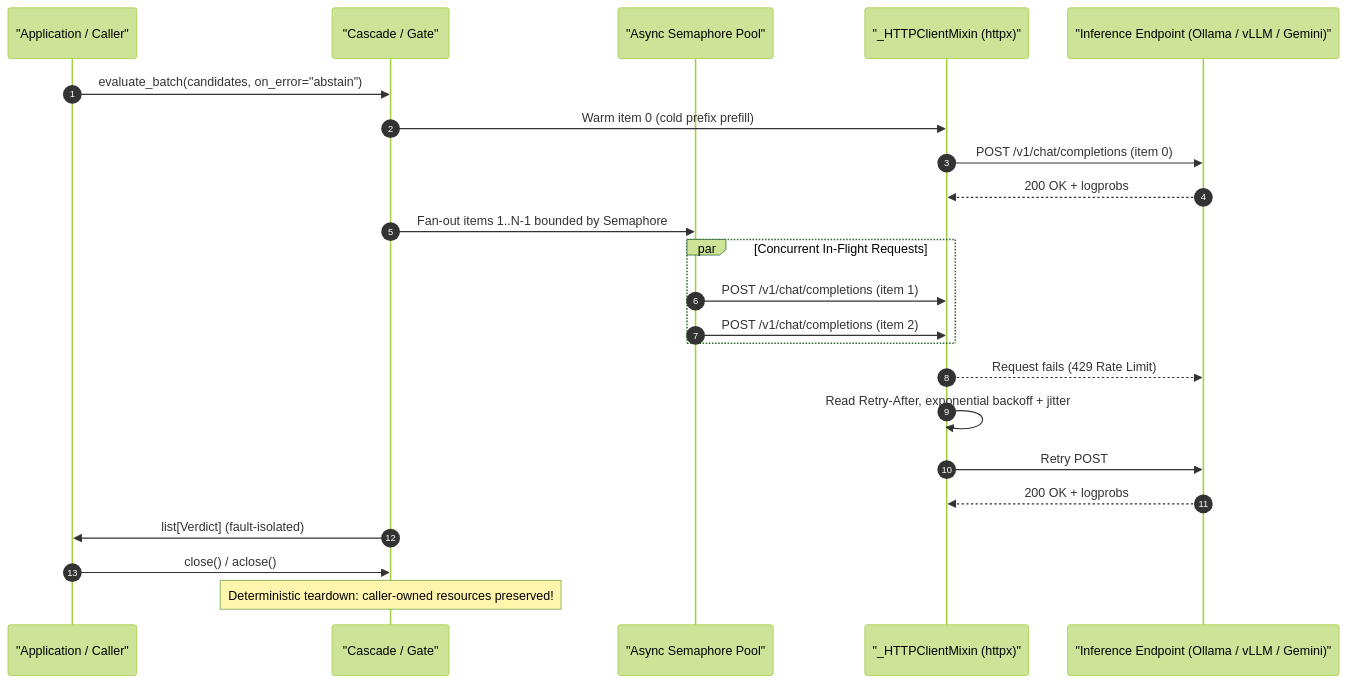
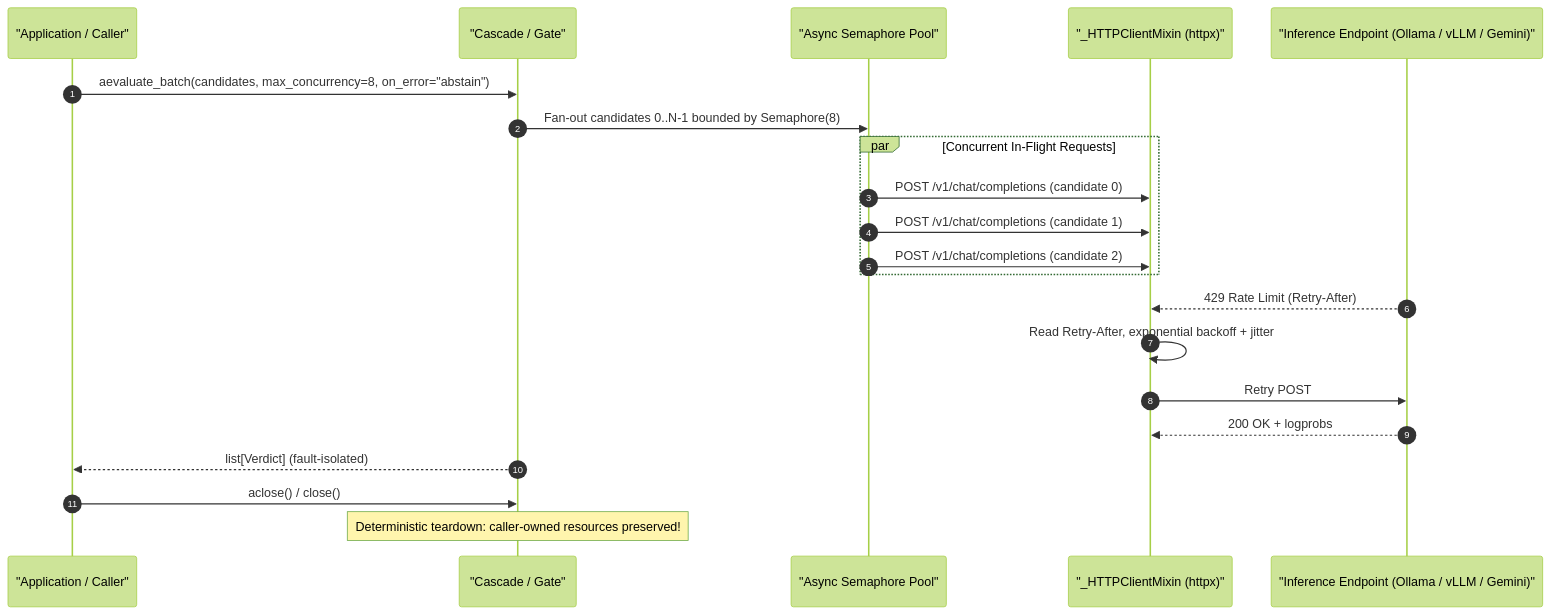
One commit to jasonbdly/LogitGate changed the third of 7 diagrams in docs/architecture.md. Above: the diagram before and after it, drawn with Mermaid (forest theme). The commit also changed other lines of this file and 24 other files, not shown here.

````diff
--- a/docs/architecture.md
+++ b/docs/architecture.md
@@ -332,26 +326,24 @@
 ```mermaid
 sequenceDiagram
     autonumber
     participant App as "Application / Caller"
     participant Cas as "Cascade / Gate"
     participant Pool as "Async Semaphore Pool"
     participant Http as "_HTTPClientMixin (httpx)"
     participant Model as "Inference Endpoint (Ollama / vLLM / Gemini)"
 
-    App->>Cas: evaluate_batch(candidates, on_error="abstain")
-    Cas->>Http: Warm item 0 (cold prefix prefill)
-    Http->>Model: POST /v1/chat/completions (item 0)
-    Model-->>Http: 200 OK + logprobs
-    Cas->>Pool: Fan-out items 1..N-1 bounded by Semaphore
+    App->>Cas: aevaluate_batch(candidates, max_concurrency=8, on_error="abstain")
+    Cas->>Pool: Fan-out candidates 0..N-1 bounded by Semaphore(8)
     par Concurrent In-Flight Requests
-        Pool->>Http: POST /v1/chat/completions (item 1)
-        Pool->>Http: POST /v1/chat/completions (item 2)
+        Pool->>Http: POST /v1/chat/completions (candidate 0)
+        Pool->>Http: POST /v1/chat/completions (candidate 1)
+        Pool->>Http: POST /v1/chat/completions (candidate 2)
     end
-    Http-->>Model: Request fails (429 Rate Limit)
+    Model-->>Http: 429 Rate Limit (Retry-After)
     Http->>Http: Read Retry-After, exponential backoff + jitter
     Http->>Model: Retry POST
     Model-->>Http: 200 OK + logprobs
-    Cas->>App: list[Verdict] (fault-isolated)
-    App->>Cas: close() / aclose()
+    Cas-->>App: list[Verdict] (fault-isolated)
+    App->>Cas: aclose() / close()
     Note over Cas: Deterministic teardown: caller-owned resources preserved!
 ```
````
